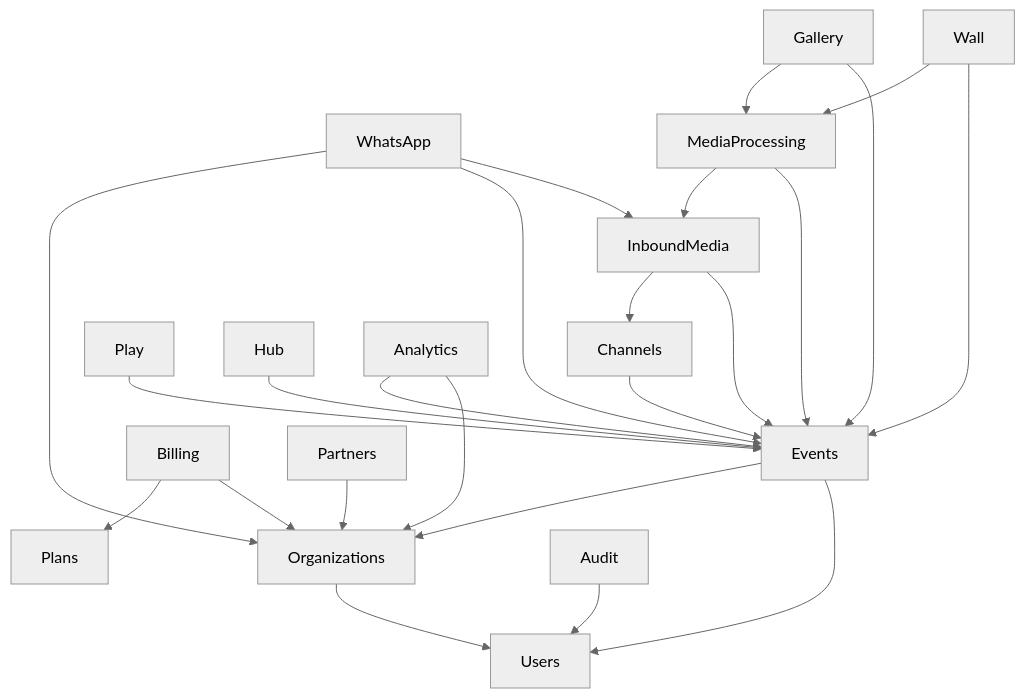
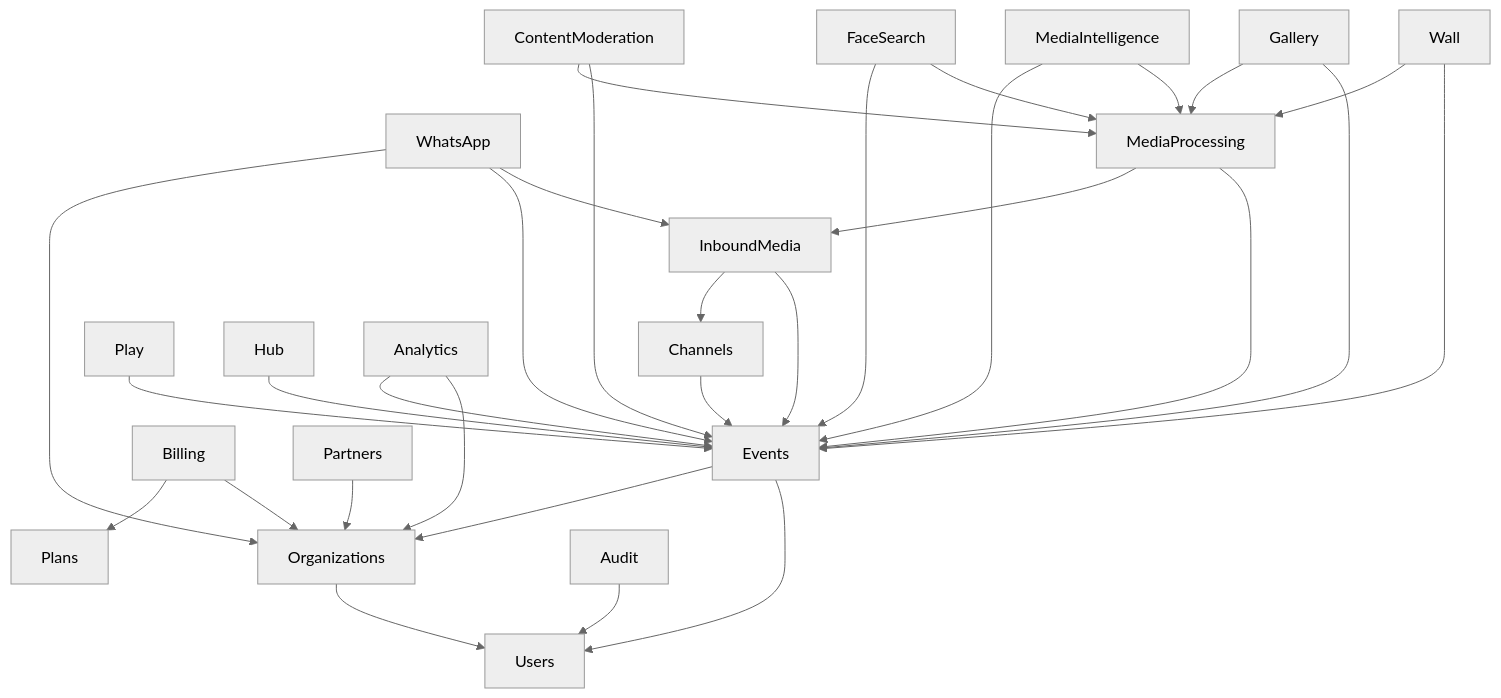
Before and after one commit to hypeneural/vivoevento: the diagram in docs/modules/module-map.md, drawn with Mermaid (neutral theme). The commit also changed other lines of this file and 1065 other files, not shown here.

````diff
--- a/docs/modules/module-map.md
+++ b/docs/modules/module-map.md
@@ -29,26 +32,32 @@
 ```mermaid
 graph TD
     Organizations --> Users
     Events --> Organizations
     Events --> Users
     Channels --> Events
     InboundMedia --> Channels
     InboundMedia --> Events
     WhatsApp --> Organizations
     WhatsApp --> Events
     WhatsApp --> InboundMedia
     MediaProcessing --> InboundMedia
     MediaProcessing --> Events
+    ContentModeration --> MediaProcessing
+    ContentModeration --> Events
+    FaceSearch --> Events
+    FaceSearch --> MediaProcessing
+    MediaIntelligence --> Events
+    MediaIntelligence --> MediaProcessing
     Gallery --> MediaProcessing
     Gallery --> Events
     Wall --> MediaProcessing
     Wall --> Events
     Play --> Events
     Hub --> Events
     Billing --> Plans
     Billing --> Organizations
     Partners --> Organizations
     Analytics --> Events
     Analytics --> Organizations
     Audit --> Users
 ```
````
